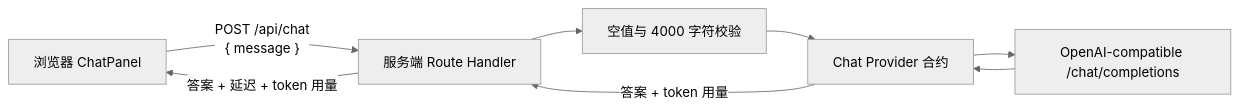
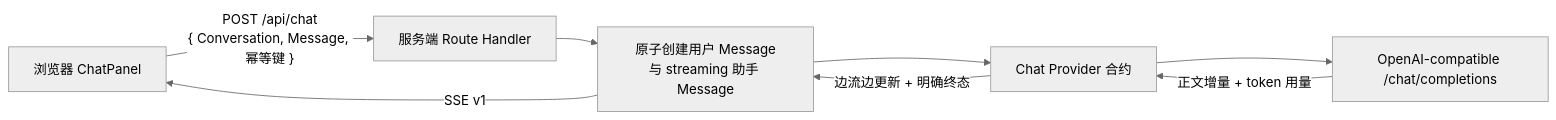
One commit to RZDCXZ/zhi-flow changed the diagram in README.md. Above: the diagram before and after it, drawn with Mermaid (neutral theme). The commit also changed other lines of this file and 14 other files, not shown here.

````diff
--- a/README.md
+++ b/README.md
@@ -84,10 +88,10 @@
 ```mermaid
 flowchart LR
-  Browser["浏览器 ChatPanel"] -->|"POST /api/chat<br/>{ message }"| Route["服务端 Route Handler"]
-  Route --> Validation["空值与 4000 字符校验"]
-  Validation --> Provider["Chat Provider 合约"]
+  Browser["浏览器 ChatPanel"] -->|"POST /api/chat<br/>{ Conversation, Message, 幂等键 }"| Route["服务端 Route Handler"]
+  Route --> Persist["原子创建用户 Message<br/>与 streaming 助手 Message"]
+  Persist --> Provider["Chat Provider 合约"]
   Provider --> OpenAI["OpenAI-compatible /chat/completions"]
-  OpenAI --> Provider
-  Provider -->|"答案 + token 用量"| Route
-  Route -->|"答案 + 延迟 + token 用量"| Browser
+  OpenAI -->|"正文增量 + token 用量"| Provider
+  Provider -->|"边流边更新 + 明确终态"| Persist
+  Persist -->|"SSE v1"| Browser
 ```
````
